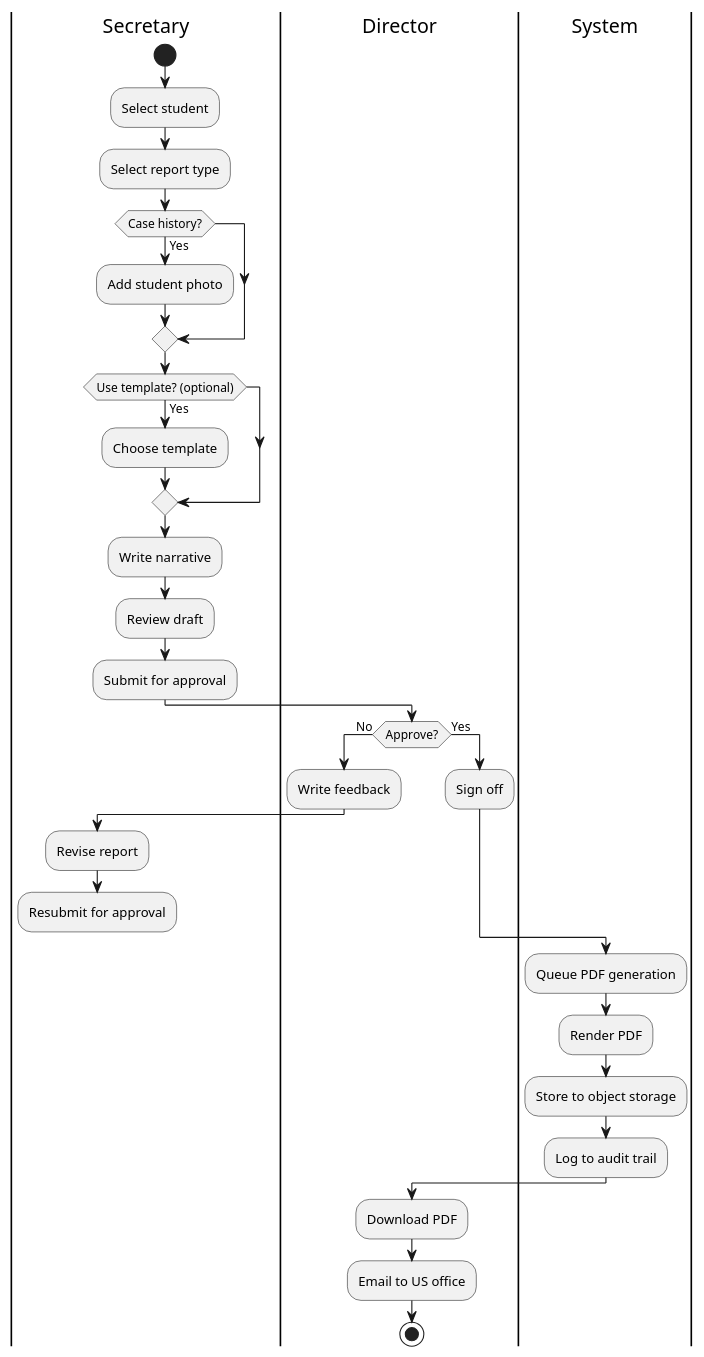
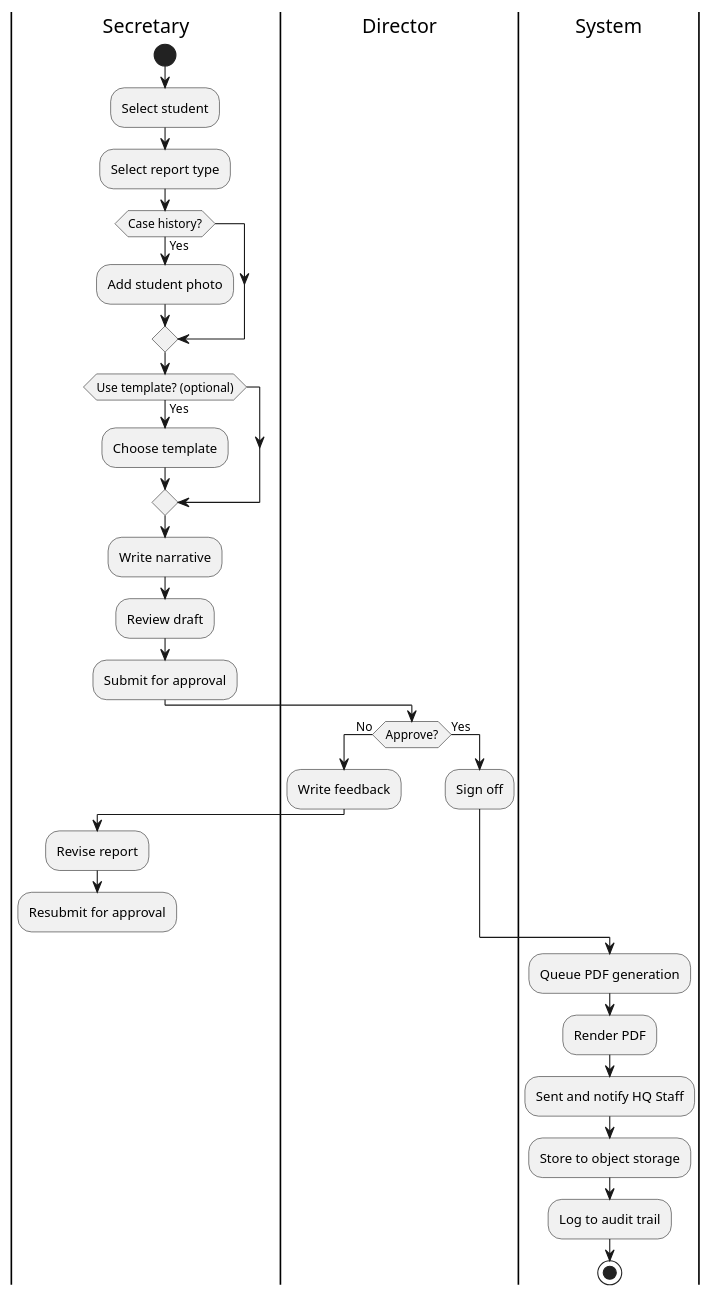
Before and after one commit to TainYanTun/BHSMS-Architectural-Blueprint: the diagram in activity-diagram/workflow_report.puml, drawn with PlantUML. The commit also changed 24 other files, not shown here.

First line of the commit message:
docs(use-cases): Introduce detailed per-role diagrams

```diff
--- a/activity-diagram/workflow_report.puml
+++ b/activity-diagram/workflow_report.puml
@@ -1,42 +1,39 @@
 @startuml
 |Secretary|
 start
 :Select student;
 :Select report type;
 
 if (Case history?) then (Yes)
   :Add student photo;
 endif
 
 if (Use template? (optional)) then (Yes)
   :Choose template;
 endif
 
 :Write narrative;
 :Review draft;
 :Submit for approval;
 
 
 |Director|
 if (Approve?) then (No)
   :Write feedback;
   |Secretary|
   :Revise report;
   :Resubmit for approval;
   kill
 else (Yes)
   |Director|
   :Sign off;
 endif
 
 |System|
 :Queue PDF generation;
 :Render PDF;
+:Sent and notify HQ Staff;
 :Store to object storage;
 :Log to audit trail;
-
-|Director|
-:Download PDF;
-:Email to US office;
 stop
 @enduml
```
